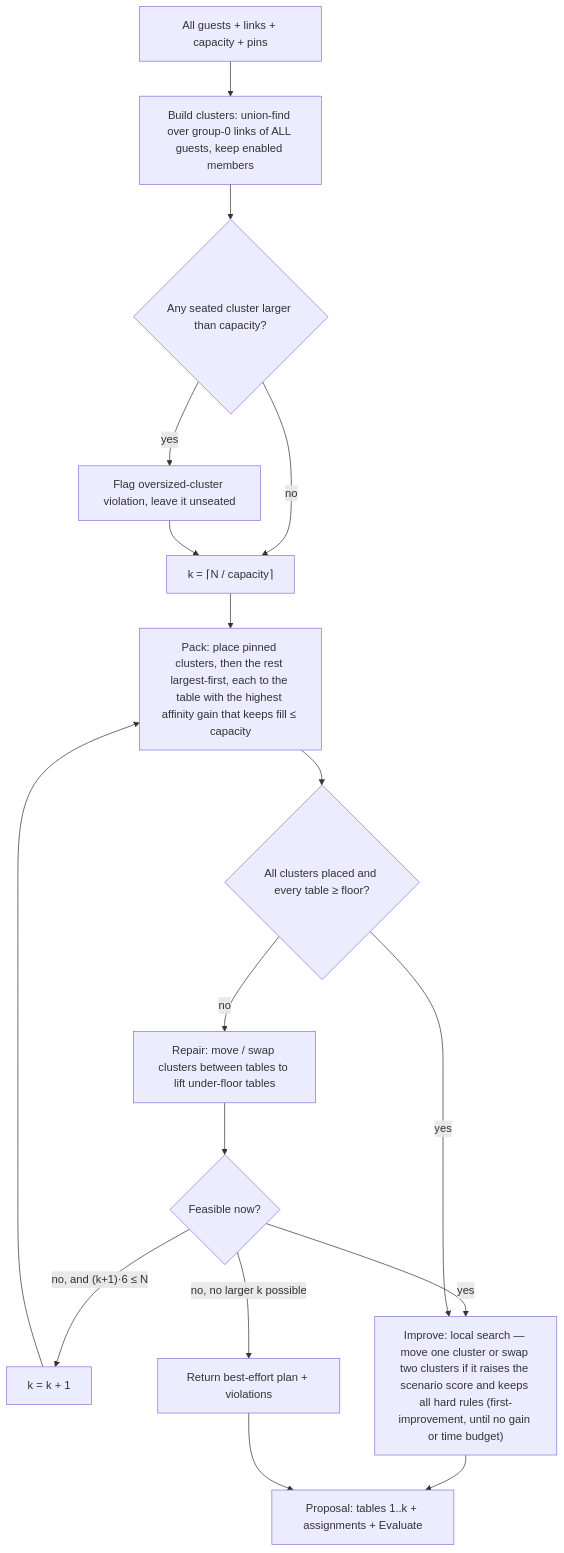
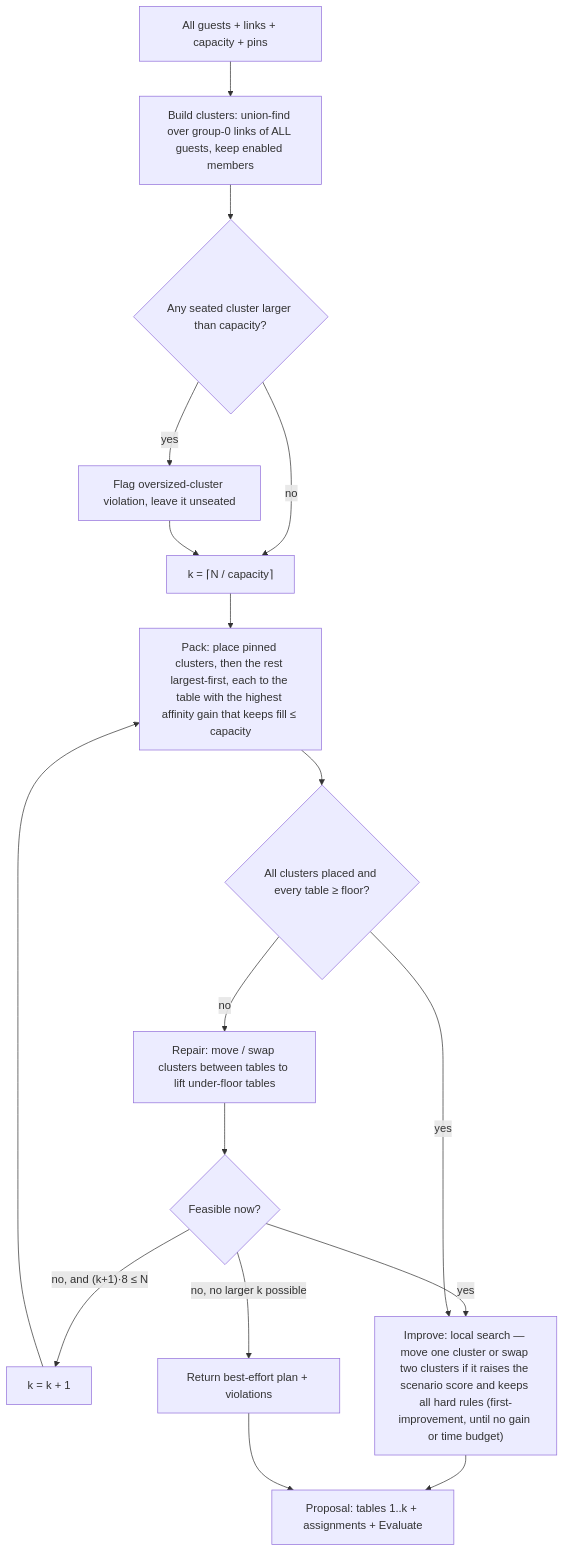
The diagram in docs/architecture/03-seating-model.md (emicon123/wedding-seating-planner), drawn with Mermaid before and after one commit. The commit also changed other lines of this file and 22 other files, not shown here.

First line of the commit message:
feat(architecture): table capacities 9/10/11/12 and floor 8 (task 006, phase A)

````diff
--- a/docs/architecture/03-seating-model.md
+++ b/docs/architecture/03-seating-model.md
@@ -54,18 +68,18 @@
 ```mermaid
 flowchart TD
     A[All guests + links + capacity + pins] --> B["Build clusters: union-find over group-0 links of ALL guests, keep enabled members"]
     B --> C{"Any seated cluster larger than capacity?"}
     C -- yes --> C1["Flag oversized-cluster violation, leave it unseated"]
     C -- no --> D
     C1 --> D["k = ⌈N / capacity⌉"]
     D --> E["Pack: place pinned clusters, then the rest largest-first, each to the table with the highest affinity gain that keeps fill ≤ capacity"]
     E --> F{"All clusters placed and every table ≥ floor?"}
     F -- no --> G[Repair: move / swap clusters between tables to lift under-floor tables]
     G --> H{Feasible now?}
-    H -->|"no, and (k+1)·6 ≤ N"| I[k = k + 1] --> E
+    H -->|"no, and (k+1)·8 ≤ N"| I[k = k + 1] --> E
     H -->|"no, no larger k possible"| R[Return best-effort plan + violations]
     H -- yes --> J
     F -- yes --> J["Improve: local search — move one cluster or swap two clusters if it raises the scenario score and keeps all hard rules (first-improvement, until no gain or time budget)"]
     J --> K["Proposal: tables 1..k + assignments + Evaluate"]
     R --> K
 ```
````
